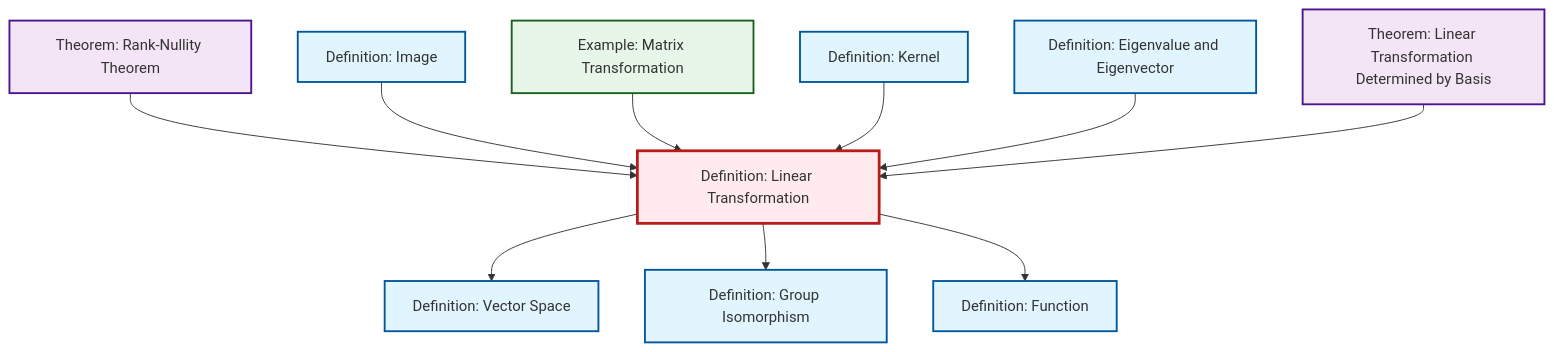
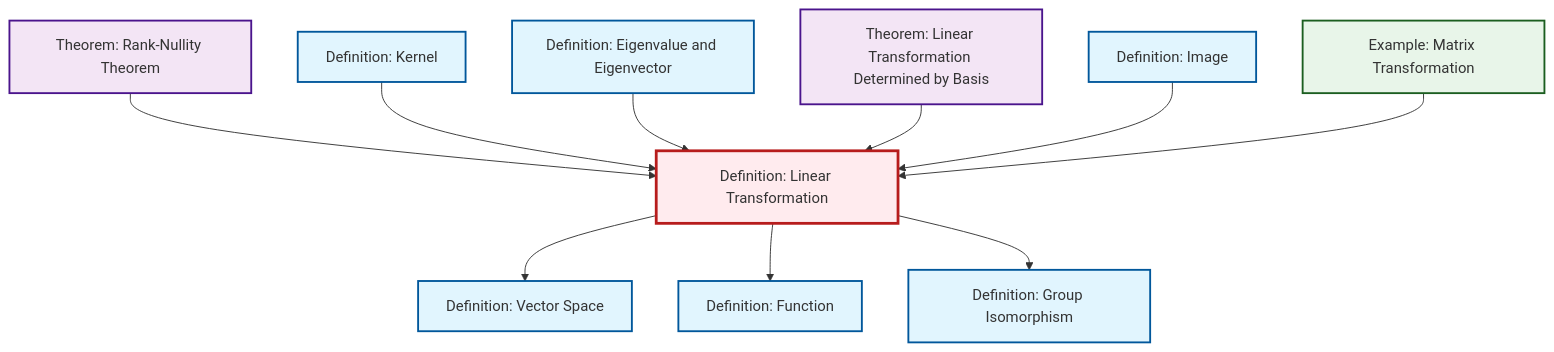
The diagram in content/en/algebra/def-linear-transformation.qmd (RK0429/ModernMath), drawn with Mermaid before and after one commit. The commit also changed other lines of this file and 634 other files, not shown here.

````diff
--- a/content/en/algebra/def-linear-transformation.qmd
+++ b/content/en/algebra/def-linear-transformation.qmd
@@ -46,38 +46,38 @@
 ```{mermaid}
 %%| fig-cap: "Local dependency graph"
 graph TD
     classDef definition fill:#e1f5fe,stroke:#01579b,stroke-width:2px
     classDef theorem fill:#f3e5f5,stroke:#4a148c,stroke-width:2px
     classDef axiom fill:#fff3e0,stroke:#e65100,stroke-width:2px
     classDef example fill:#e8f5e9,stroke:#1b5e20,stroke-width:2px
     classDef current fill:#ffebee,stroke:#b71c1c,stroke-width:3px
+    thm-rank-nullity["Theorem: Rank-Nullity Theorem"]:::theorem
+    def-image["Definition: Image"]:::definition
+    def-eigenvalue-eigenvector["Definition: Eigenvalue and Eigenvector"]:::definition
+    def-isomorphism["Definition: Group Isomorphism"]:::definition
+    def-function["Definition: Function"]:::definition
+    def-linear-transformation["Definition: Linear Transformation"]:::definition
+    def-kernel["Definition: Kernel"]:::definition
     thm-linear-transformation-basis["Theorem: Linear Transformation Determined by Basis"]:::theorem
-    def-eigenvalue-eigenvector["Definition: Eigenvalue and Eigenvector"]:::definition
-    def-kernel["Definition: Kernel"]:::definition
-    def-linear-transformation["Definition: Linear Transformation"]:::definition
-    thm-rank-nullity["Theorem: Rank-Nullity Theorem"]:::theorem
-    def-isomorphism["Definition: Group Isomorphism"]:::definition
+    def-vector-space["Definition: Vector Space"]:::definition
     ex-matrix-transformation["Example: Matrix Transformation"]:::example
-    def-function["Definition: Function"]:::definition
-    def-image["Definition: Image"]:::definition
-    def-vector-space["Definition: Vector Space"]:::definition
     def-linear-transformation --> def-vector-space
     thm-rank-nullity --> def-linear-transformation
-    def-image --> def-linear-transformation
-    def-linear-transformation --> def-isomorphism
-    ex-matrix-transformation --> def-linear-transformation
     def-kernel --> def-linear-transformation
+    def-linear-transformation --> def-function
     def-eigenvalue-eigenvector --> def-linear-transformation
     thm-linear-transformation-basis --> def-linear-transformation
-    def-linear-transformation --> def-function
+    def-linear-transformation --> def-isomorphism
+    def-image --> def-linear-transformation
+    ex-matrix-transformation --> def-linear-transformation
     class def-linear-transformation current
+    click thm-rank-nullity "thm-rank-nullity.html" "Go to Rank-Nullity Theorem theorem"
+    click def-image "def-image.html" "Go to Image definition"
+    click def-eigenvalue-eigenvector "def-eigenvalue-eigenvector.html" "Go to Eigenvalue and Eigenvector definition"
+    click def-isomorphism "def-isomorphism.html" "Go to Group Isomorphism definition"
+    click def-function "def-function.html" "Go to Function definition"
+    click def-kernel "def-kernel.html" "Go to Kernel definition"
     click thm-linear-transformation-basis "thm-linear-transformation-basis.html" "Go to Linear Transformation Determined by Basis theorem"
-    click def-eigenvalue-eigenvector "def-eigenvalue-eigenvector.html" "Go to Eigenvalue and Eigenvector definition"
-    click def-kernel "def-kernel.html" "Go to Kernel definition"
-    click thm-rank-nullity "thm-rank-nullity.html" "Go to Rank-Nullity Theorem theorem"
-    click def-isomorphism "def-isomorphism.html" "Go to Group Isomorphism definition"
+    click def-vector-space "def-vector-space.html" "Go to Vector Space definition"
     click ex-matrix-transformation "ex-matrix-transformation.html" "Go to Matrix Transformation example"
-    click def-function "def-function.html" "Go to Function definition"
-    click def-image "def-image.html" "Go to Image definition"
-    click def-vector-space "def-vector-space.html" "Go to Vector Space definition"
 ```
````
